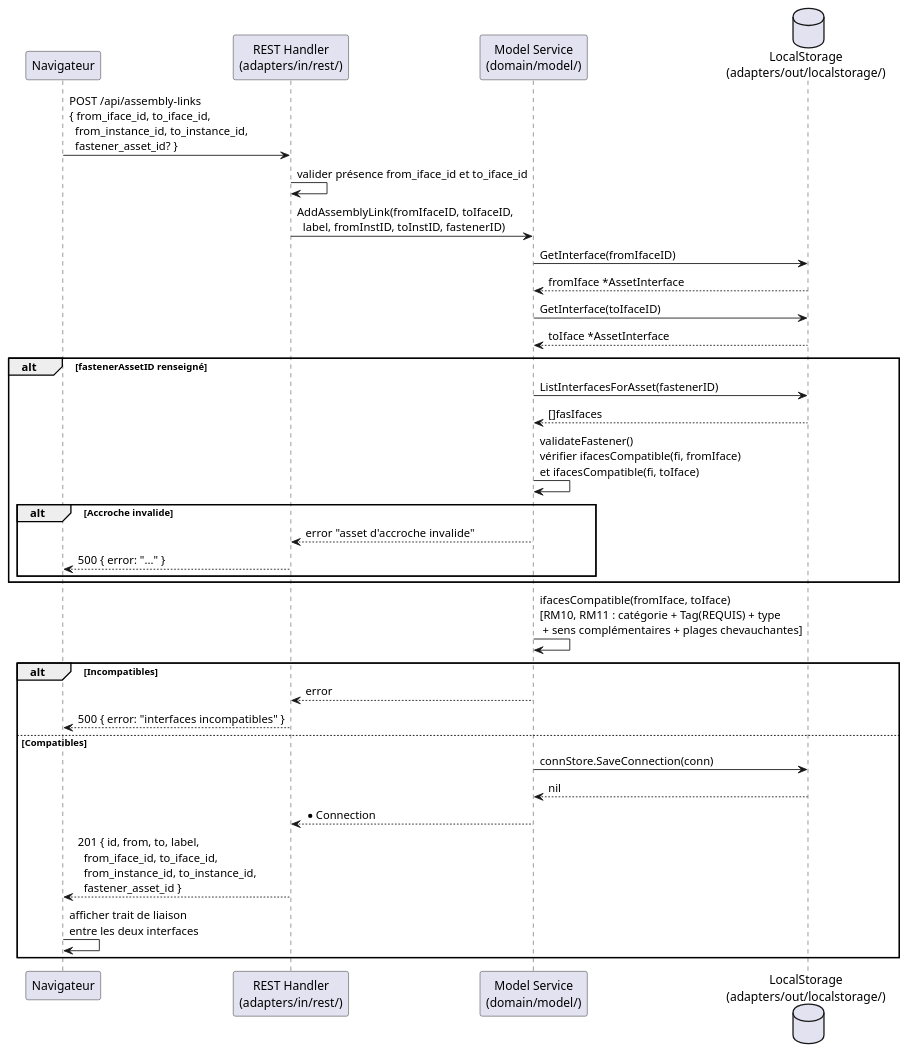
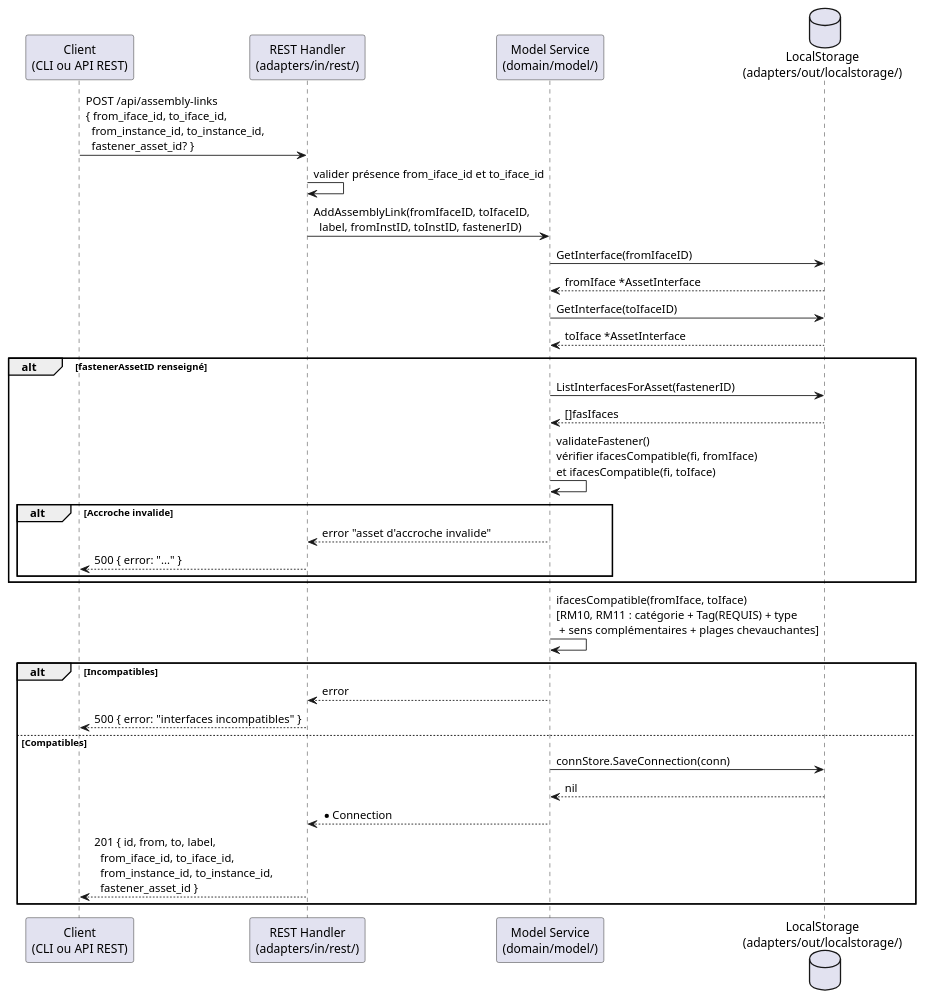
Before and after one commit to olivaux/myr: the second of 2 diagrams in specs/2-Analyse/UCAM-Atelier_Module/UCAM01.md, drawn with PlantUML. The commit also changed other lines of this file and 72 other files, not shown here.

````diff
--- a/specs/2-Analyse/UCAM-Atelier_Module/UCAM01.md
+++ b/specs/2-Analyse/UCAM-Atelier_Module/UCAM01.md
@@ -121,47 +113,45 @@
 ```plantuml
 @startuml
-participant "Navigateur" as Browser
+participant "Client\n(CLI ou API REST)" as Client
 participant "REST Handler\n(adapters/in/rest/)" as REST
 participant "Model Service\n(domain/model/)" as Service
 database "LocalStorage\n(adapters/out/localstorage/)" as Local
 
-Browser -> REST : POST /api/assembly-links\n{ from_iface_id, to_iface_id,\n  from_instance_id, to_instance_id,\n  fastener_asset_id? }
+Client -> REST : POST /api/assembly-links\n{ from_iface_id, to_iface_id,\n  from_instance_id, to_instance_id,\n  fastener_asset_id? }
 
 REST -> REST : valider présence from_iface_id et to_iface_id
 
 REST -> Service : AddAssemblyLink(fromIfaceID, toIfaceID,\n  label, fromInstID, toInstID, fastenerID)
 
 Service -> Local : GetInterface(fromIfaceID)
 Local --> Service : fromIface *AssetInterface
 
 Service -> Local : GetInterface(toIfaceID)
 Local --> Service : toIface *AssetInterface
 
 alt fastenerAssetID renseigné
     Service -> Local : ListInterfacesForAsset(fastenerID)
     Local --> Service : []fasIfaces
     Service -> Service : validateFastener()\nvérifier ifacesCompatible(fi, fromIface)\net ifacesCompatible(fi, toIface)
     alt Accroche invalide
         Service --> REST : error "asset d'accroche invalide"
-        REST --> Browser : 500 { error: "..." }
+        REST --> Client : 500 { error: "..." }
     end
 end
 
 Service -> Service : ifacesCompatible(fromIface, toIface)\n[RM10, RM11 : catégorie + Tag(REQUIS) + type\n + sens complémentaires + plages chevauchantes]
 
 alt Incompatibles
     Service --> REST : error
-    REST --> Browser : 500 { error: "interfaces incompatibles" }
+    REST --> Client : 500 { error: "interfaces incompatibles" }
 else Compatibles
     Service -> Local : connStore.SaveConnection(conn)
     Local --> Service : nil
 
     Service --> REST : *Connection
 
-    REST --> Browser : 201 { id, from, to, label,\n  from_iface_id, to_iface_id,\n  from_instance_id, to_instance_id,\n  fastener_asset_id }
-
-    Browser -> Browser : afficher trait de liaison\nentre les deux interfaces
+    REST --> Client : 201 { id, from, to, label,\n  from_iface_id, to_iface_id,\n  from_instance_id, to_instance_id,\n  fastener_asset_id }
 end
 
 @enduml
 ```
````
